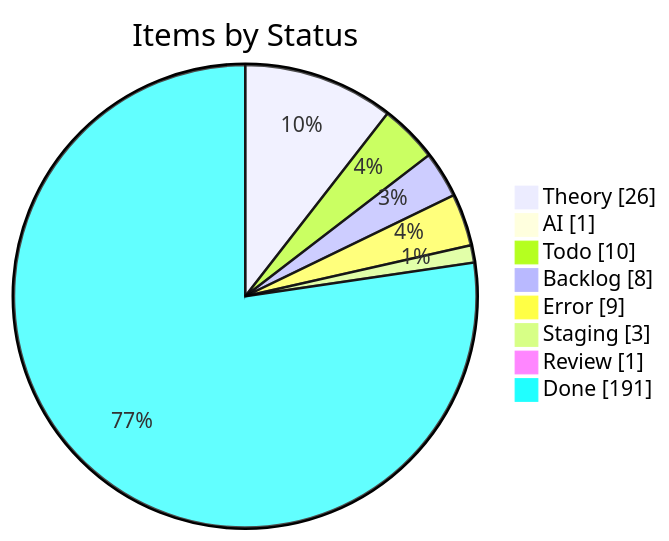
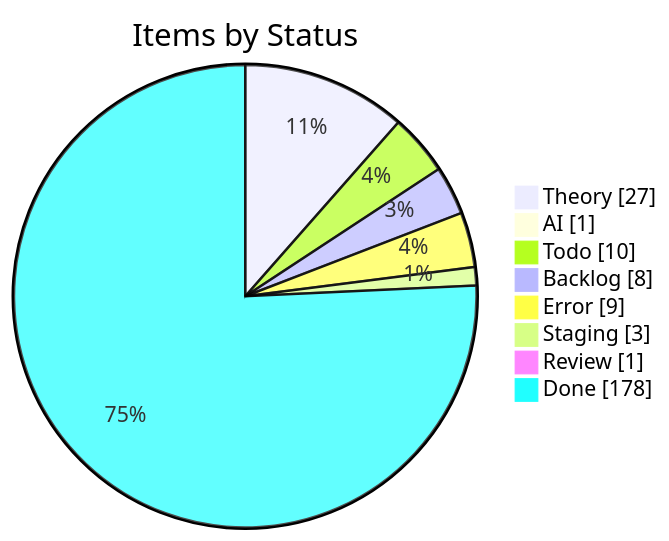
One commit to KBVE/kbve changed the first of 4 diagrams in apps/kbve/astro-kbve/src/content/docs/dashboard/kanban-data.mdx. Above: the diagram before and after it, drawn with Mermaid. The commit also changed other lines of this file and 2 other files, not shown here.

````diff
--- a/apps/kbve/astro-kbve/src/content/docs/dashboard/kanban-data.mdx
+++ b/apps/kbve/astro-kbve/src/content/docs/dashboard/kanban-data.mdx
@@ -55,12 +55,12 @@
 ```mermaid
 pie showData
     title Items by Status
-    "Theory" : 26
+    "Theory" : 27
     "AI" : 1
     "Todo" : 10
     "Backlog" : 8
     "Error" : 9
     "Staging" : 3
     "Review" : 1
-    "Done" : 191
+    "Done" : 178
 ```
````
